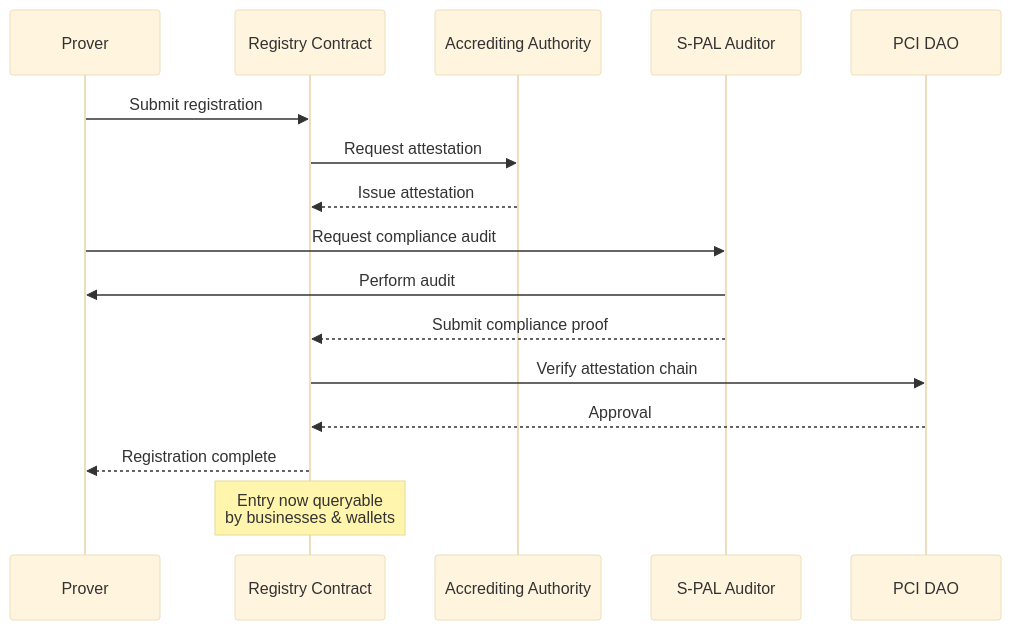
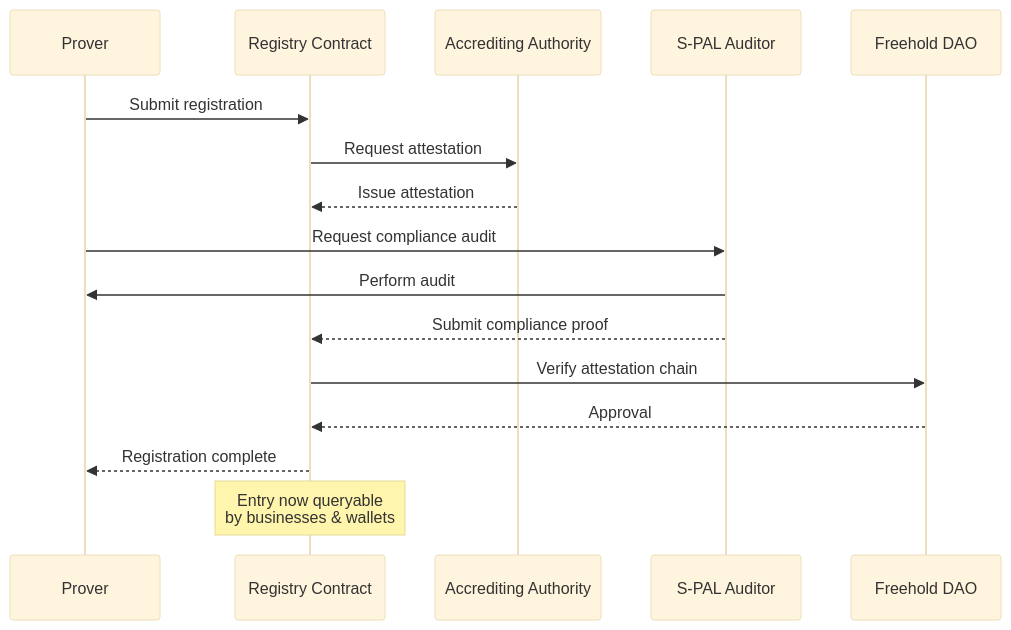
One commit to freehold-earth/freehold changed the fourth of 8 diagrams in docs/architecture/diagrams.md. Above: the diagram before and after it, drawn with Mermaid (base theme). The commit also changed other lines of this file and 22 other files, not shown here.

First line of the commit message:
Rename the project from PCI to Freehold in documents and READMEs

````diff
--- a/docs/architecture/diagrams.md
+++ b/docs/architecture/diagrams.md
@@ -141,22 +141,22 @@
 ```mermaid
 sequenceDiagram
     participant Prover
     participant Registry Contract
     participant Accrediting Authority
     participant S-PAL Auditor
-    participant PCI DAO
+    participant Freehold DAO
 
     Prover->>Registry Contract: Submit registration
     Registry Contract->>Accrediting Authority: Request attestation
     Accrediting Authority-->>Registry Contract: Issue attestation
 
     Prover->>S-PAL Auditor: Request compliance audit
     S-PAL Auditor->>Prover: Perform audit
     S-PAL Auditor-->>Registry Contract: Submit compliance proof
 
-    Registry Contract->>PCI DAO: Verify attestation chain
-    PCI DAO-->>Registry Contract: Approval
+    Registry Contract->>Freehold DAO: Verify attestation chain
+    Freehold DAO-->>Registry Contract: Approval
     Registry Contract-->>Prover: Registration complete
 
     Note over Registry Contract: Entry now queryable<br/>by businesses & wallets
 ```
````
